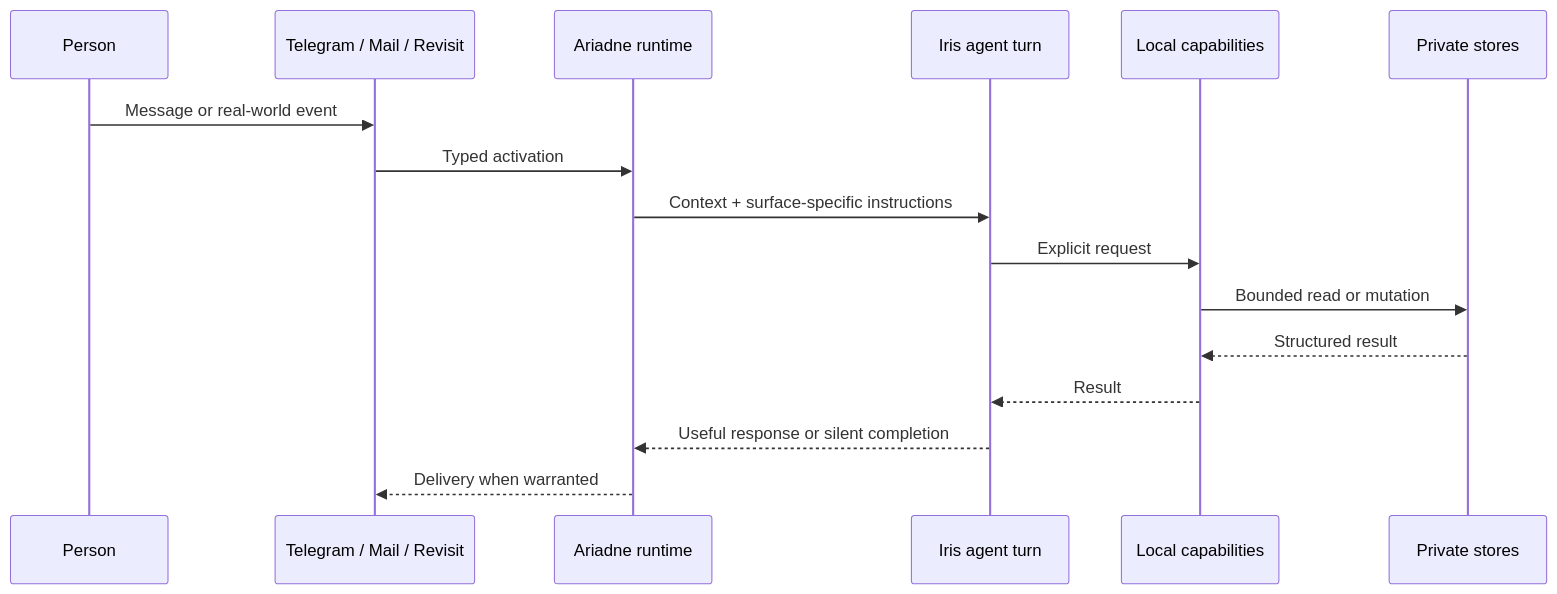
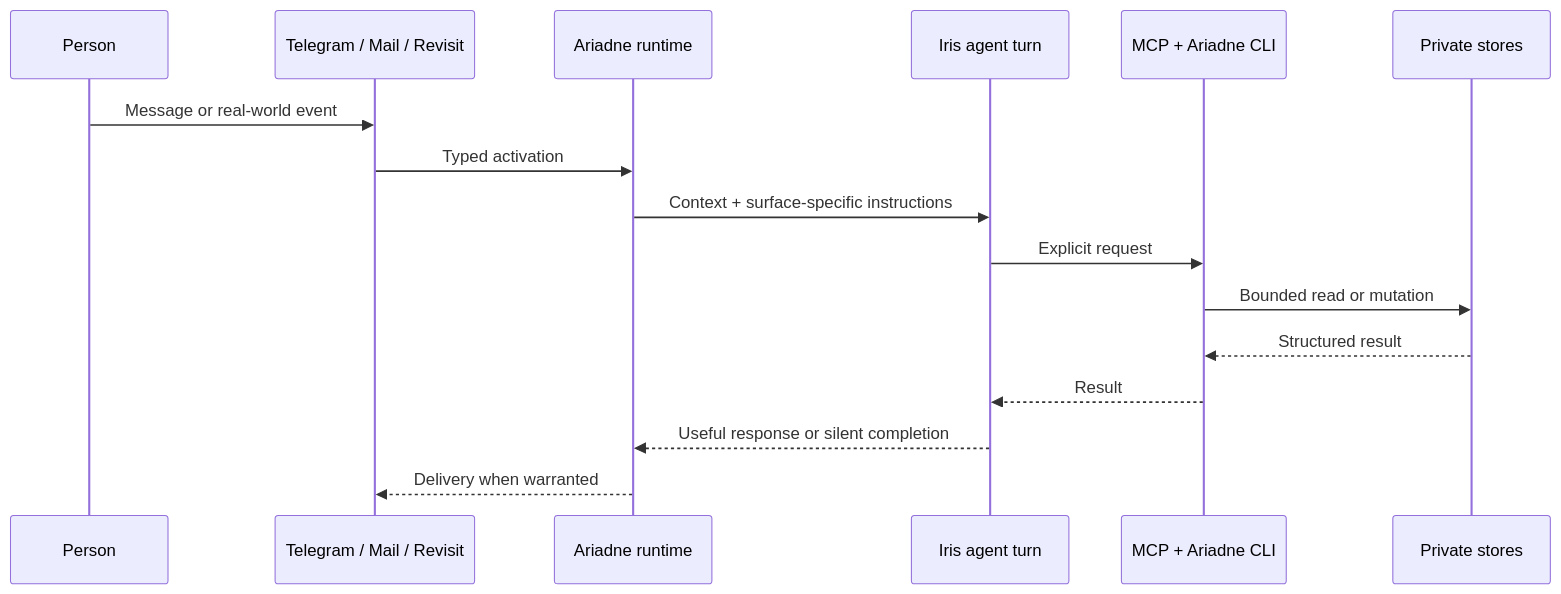
The diagram in docs/architecture.md (TGDivy/ariadne), drawn with Mermaid before and after one commit. The commit also changed other lines of this file and 35 other files, not shown here.

First line of the commit message:
Add a bounded CLI for growing Ariadne capabilities (#64)

````diff
--- a/docs/architecture.md
+++ b/docs/architecture.md
@@ -7,19 +7,19 @@
 ```mermaid
 sequenceDiagram
     participant Person
     participant Surface as Telegram / Mail / Revisit
     participant Runtime as Ariadne runtime
     participant Agent as Iris agent turn
-    participant Capabilities as Local capabilities
+    participant Capabilities as MCP + Ariadne CLI
     participant PrivateData as Private stores
 
     Person->>Surface: Message or real-world event
     Surface->>Runtime: Typed activation
     Runtime->>Agent: Context + surface-specific instructions
     Agent->>Capabilities: Explicit request
     Capabilities->>PrivateData: Bounded read or mutation
     PrivateData-->>Capabilities: Structured result
     Capabilities-->>Agent: Result
     Agent-->>Runtime: Useful response or silent completion
     Runtime-->>Surface: Delivery when warranted
 ```
````
